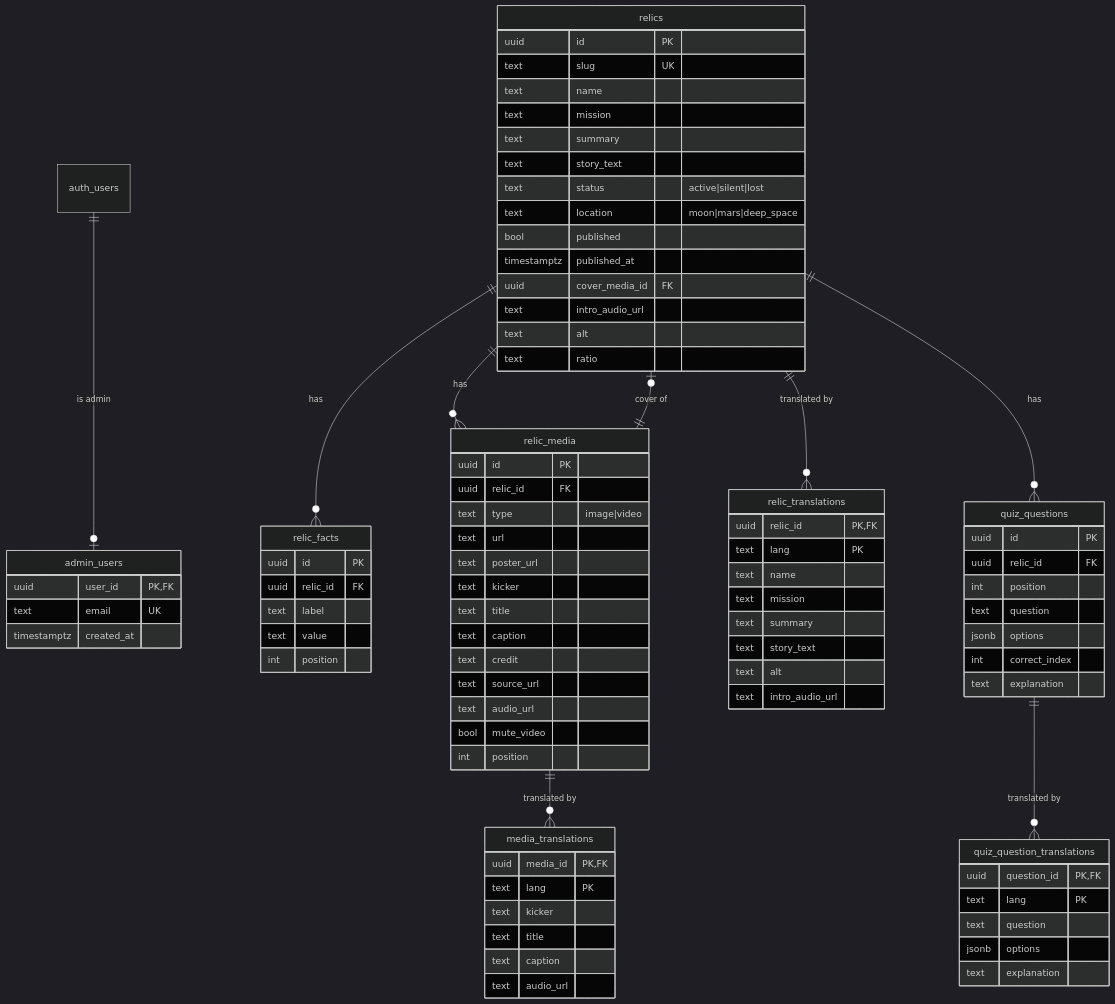
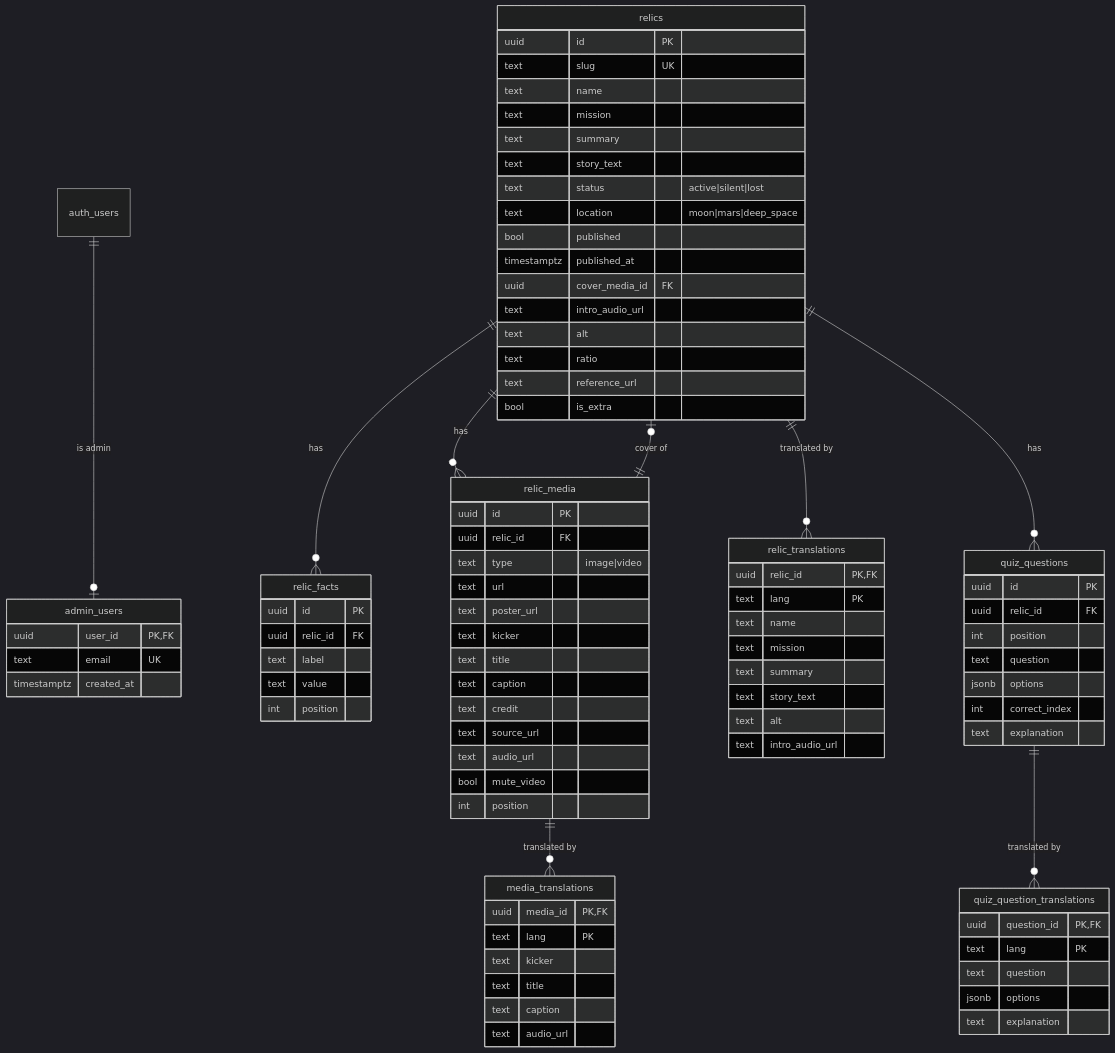
One commit to Gabi-maker12345/Relics-of-Space-Hackathon-NASA changed the diagram in docs/database.md. Above: the diagram before and after it, drawn with Mermaid (dark theme). The commit also changed other lines of this file and 25 other files, not shown here.

```diff
--- a/docs/database.md
+++ b/docs/database.md
@@ -32,6 +32,8 @@
     text intro_audio_url
     text alt
     text ratio
+    text reference_url
+    bool is_extra
   }
 
   relic_facts {
```
